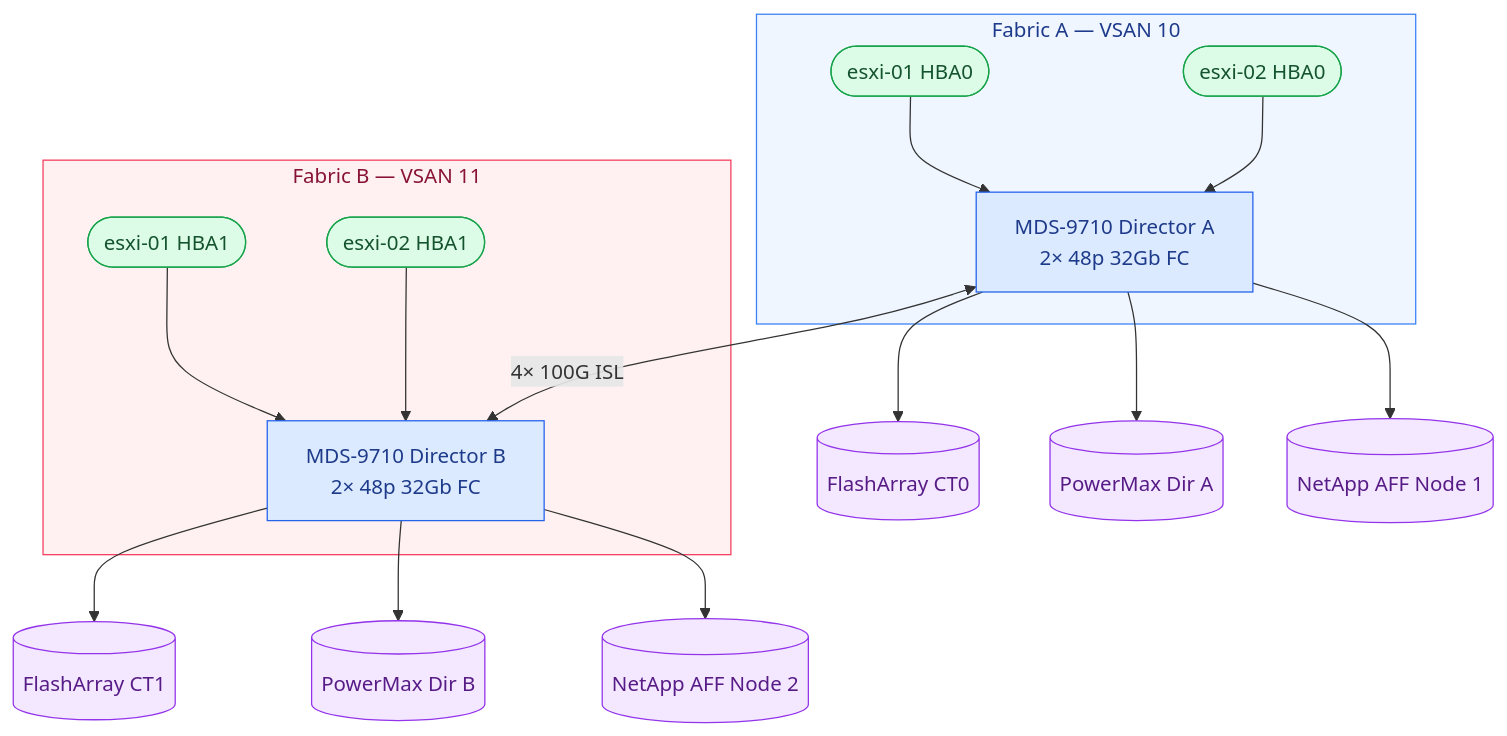
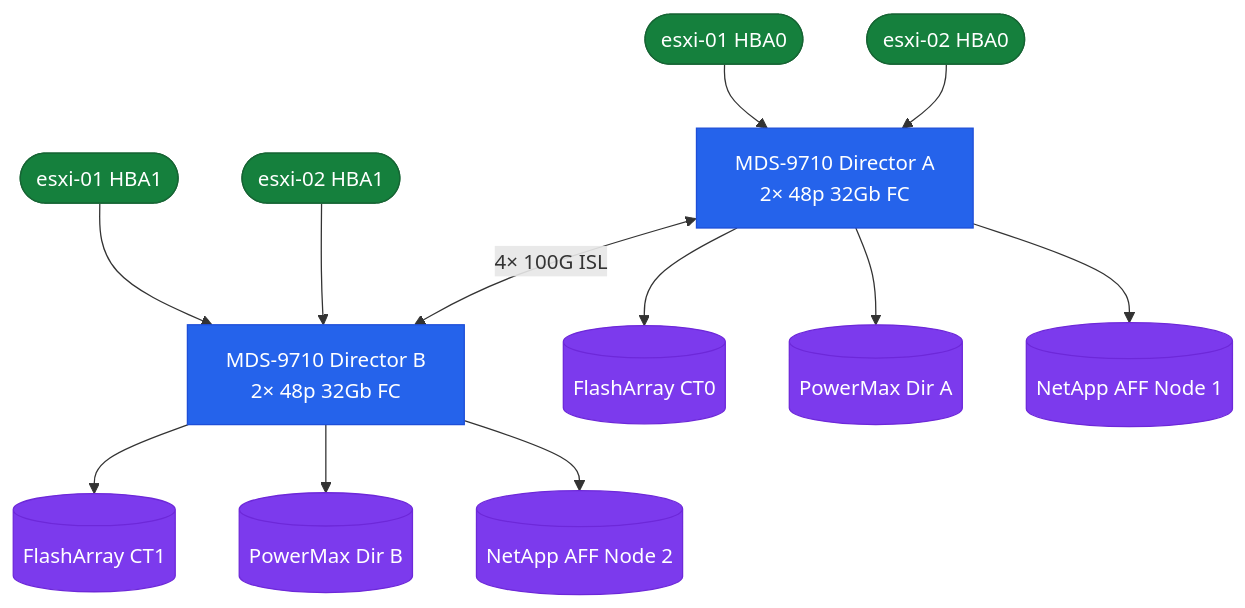
The diagram in docs/san/cisco/mds/architecture/index.md (canast01/chris-kb), drawn with Mermaid before and after one commit.

Commit message:
Mermaid: remove subgraphs, use solid colours readable on dark bg

````diff
--- a/docs/san/cisco/mds/architecture/index.md
+++ b/docs/san/cisco/mds/architecture/index.md
@@ -8,38 +8,24 @@
 ```mermaid
 graph TB
-  subgraph FabricA["Fabric A — VSAN 10"]
-    H1A(["esxi-01  HBA0"])
-    H2A(["esxi-02  HBA0"])
-    MDSA["MDS-9710 Director A\n2× 48p 32Gb FC"]
-    H1A --> MDSA
-    H2A --> MDSA
-  end
-
-  subgraph FabricB["Fabric B — VSAN 11"]
-    H1B(["esxi-01  HBA1"])
-    H2B(["esxi-02  HBA1"])
-    MDSB["MDS-9710 Director B\n2× 48p 32Gb FC"]
-    H1B --> MDSB
-    H2B --> MDSB
-  end
+  H1A(["esxi-01  HBA0"]) --> MDSA["MDS-9710 Director A\n2× 48p 32Gb FC"]
+  H2A(["esxi-02  HBA0"]) --> MDSA
+  H1B(["esxi-01  HBA1"]) --> MDSB["MDS-9710 Director B\n2× 48p 32Gb FC"]
+  H2B(["esxi-02  HBA1"]) --> MDSB
 
   MDSA <-->|"4× 100G ISL"| MDSB
 
   MDSA --> FA_CT0[("FlashArray CT0")]
   MDSA --> PM_A[("PowerMax Dir A")]
   MDSA --> NA_N1[("NetApp AFF Node 1")]
   MDSB --> FA_CT1[("FlashArray CT1")]
   MDSB --> PM_B[("PowerMax Dir B")]
   MDSB --> NA_N2[("NetApp AFF Node 2")]
 
-  classDef switch fill:#dbeafe,stroke:#2563eb,color:#1e3a8a
-  classDef host fill:#dcfce7,stroke:#16a34a,color:#14532d
-  classDef storage fill:#f3e8ff,stroke:#9333ea,color:#581c87
+  classDef switch fill:#2563eb,stroke:#1d4ed8,color:#fff
+  classDef host fill:#15803d,stroke:#166534,color:#fff
+  classDef storage fill:#7c3aed,stroke:#6d28d9,color:#fff
 
   class MDSA,MDSB switch
   class H1A,H2A,H1B,H2B host
   class FA_CT0,PM_A,NA_N1,FA_CT1,PM_B,NA_N2 storage
-
-  style FabricA fill:#eff6ff,stroke:#3b82f6,color:#1e3a8a
-  style FabricB fill:#fff1f2,stroke:#f43f5e,color:#881337
 ```
````
